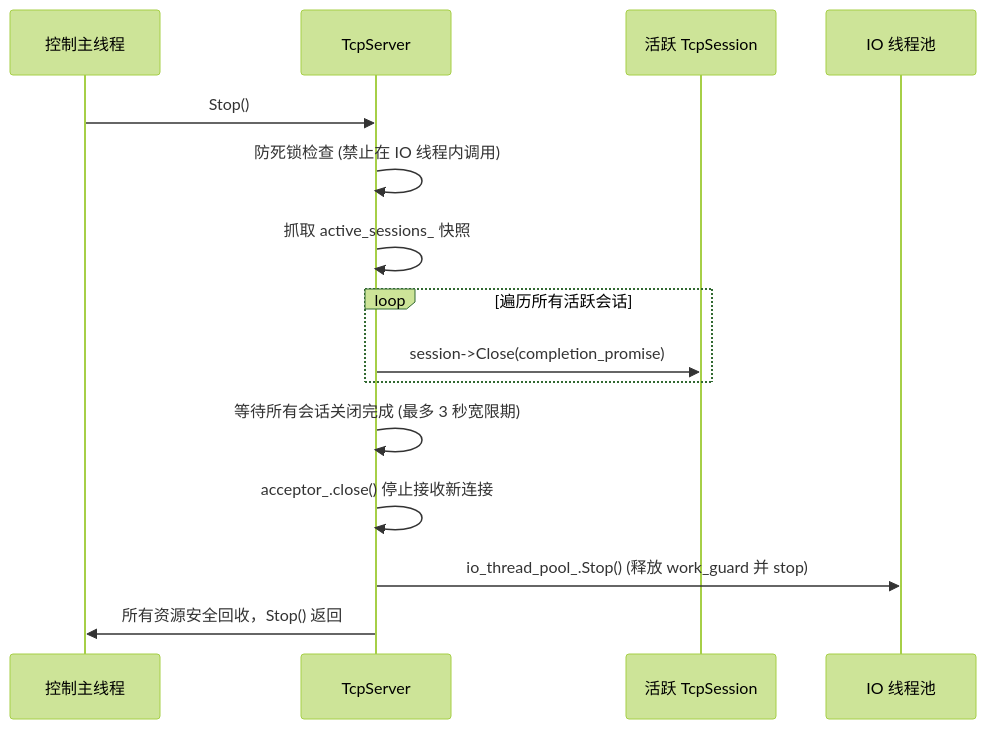
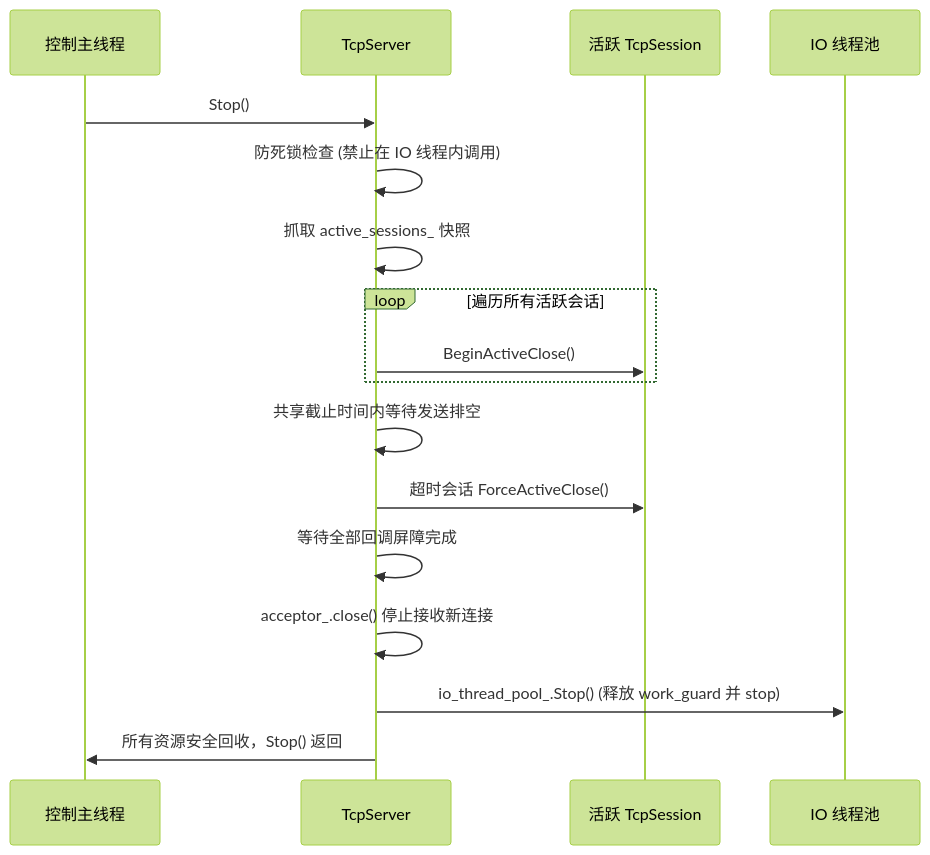
One commit to shengsd/tcp_server changed the fourth of 4 diagrams in DESIGN.md. Above: the diagram before and after it, drawn with Mermaid (forest theme). The commit also changed other lines of this file and 5 other files, not shown here.

````diff
--- a/DESIGN.md
+++ b/DESIGN.md
@@ -169,18 +179,20 @@
 ```mermaid
 sequenceDiagram
     participant Main as 控制主线程
     participant Server as TcpServer
     participant Session as 活跃 TcpSession
     participant IO as IO 线程池
 
     Main->>Server: Stop()
     Server->>Server: 防死锁检查 (禁止在 IO 线程内调用)
     Server->>Server: 抓取 active_sessions_ 快照
     loop 遍历所有活跃会话
-        Server->>Session: session->Close(completion_promise)
+        Server->>Session: BeginActiveClose()
     end
-    Server->>Server: 等待所有会话关闭完成 (最多 3 秒宽限期)
+    Server->>Server: 共享截止时间内等待发送排空
+    Server->>Session: 超时会话 ForceActiveClose()
+    Server->>Server: 等待全部回调屏障完成
     Server->>Server: acceptor_.close() 停止接收新连接
     Server->>IO: io_thread_pool_.Stop() (释放 work_guard 并 stop)
     Server->>Main: 所有资源安全回收，Stop() 返回
 ```
````
